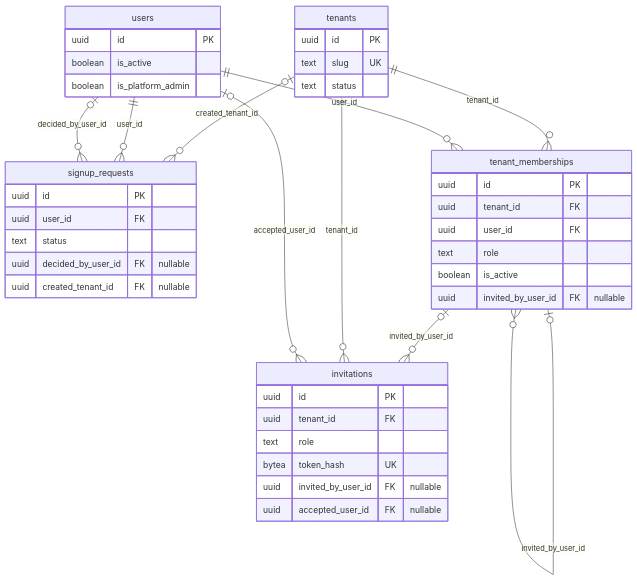
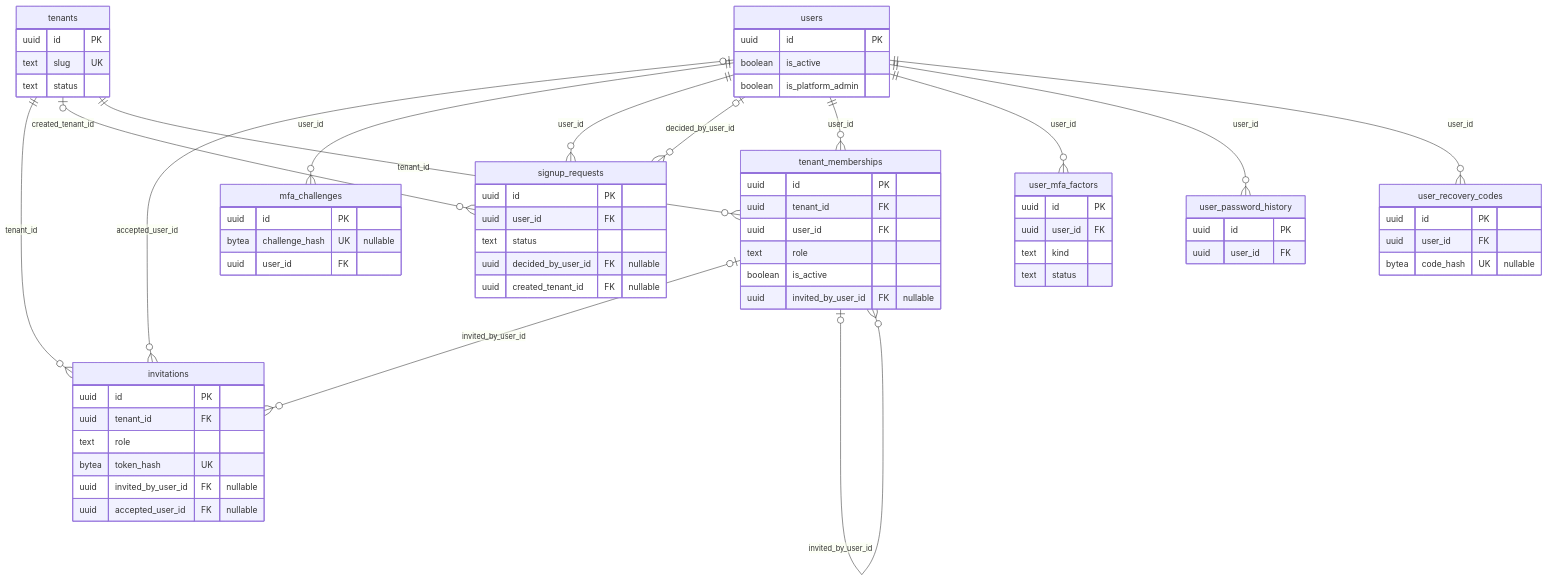
The sixth of 17 diagrams in docs/handover/DATABASE.md (maniacultasset/ai-marketplace-os), drawn with Mermaid before and after one commit. The commit also changed other lines of this file and 165 other files, not shown here.

First line of the commit message:
feat(auth): login codes, lockout and password rules for the Amazon DPP (#64)

````diff
--- a/docs/handover/DATABASE.md
+++ b/docs/handover/DATABASE.md
@@ -490,45 +490,69 @@
 ```mermaid
 erDiagram
     invitations {
         uuid id PK
         uuid tenant_id FK
         text role
         bytea token_hash UK
         uuid invited_by_user_id FK "nullable"
         uuid accepted_user_id FK "nullable"
+    }
+    mfa_challenges {
+        uuid id PK
+        bytea challenge_hash UK "nullable"
+        uuid user_id FK
     }
     signup_requests {
         uuid id PK
         uuid user_id FK
         text status
         uuid decided_by_user_id FK "nullable"
         uuid created_tenant_id FK "nullable"
     }
     tenant_memberships {
         uuid id PK
         uuid tenant_id FK
         uuid user_id FK
         text role
         boolean is_active
         uuid invited_by_user_id FK "nullable"
     }
     tenants {
         uuid id PK
         text slug UK
         text status
     }
+    user_mfa_factors {
+        uuid id PK
+        uuid user_id FK
+        text kind
+        text status
+    }
+    user_password_history {
+        uuid id PK
+        uuid user_id FK
+    }
+    user_recovery_codes {
+        uuid id PK
+        uuid user_id FK
+        bytea code_hash UK "nullable"
+    }
     users {
         uuid id PK
         boolean is_active
         boolean is_platform_admin
     }
     tenant_memberships |o--o{ invitations : "invited_by_user_id"
     tenant_memberships |o--o{ tenant_memberships : "invited_by_user_id"
     tenants ||--o{ invitations : "tenant_id"
     tenants |o--o{ signup_requests : "created_tenant_id"
     tenants ||--o{ tenant_memberships : "tenant_id"
     users |o--o{ invitations : "accepted_user_id"
+    users ||--o{ mfa_challenges : "user_id"
     users ||--o{ signup_requests : "user_id"
     users |o--o{ signup_requests : "decided_by_user_id"
     users ||--o{ tenant_memberships : "user_id"
+    users ||--o{ user_mfa_factors : "user_id"
+    users ||--o{ user_password_history : "user_id"
+    users ||--o{ user_recovery_codes : "user_id"
 ```
````
